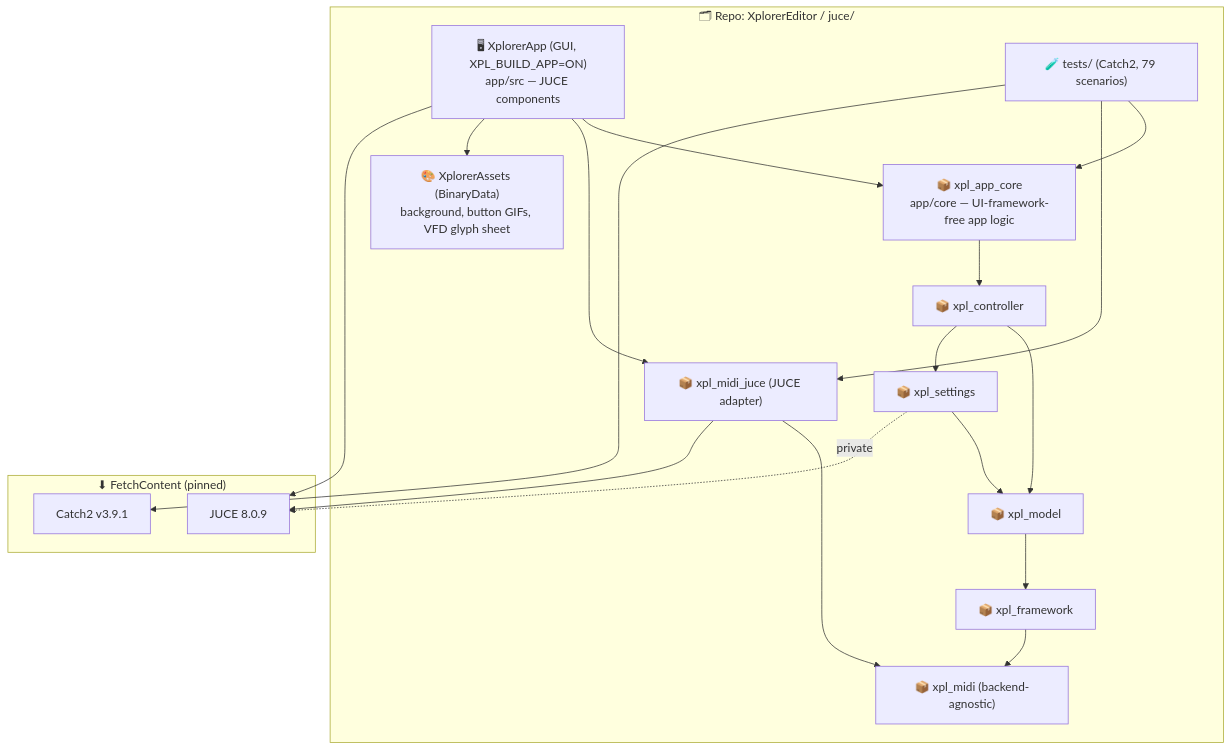
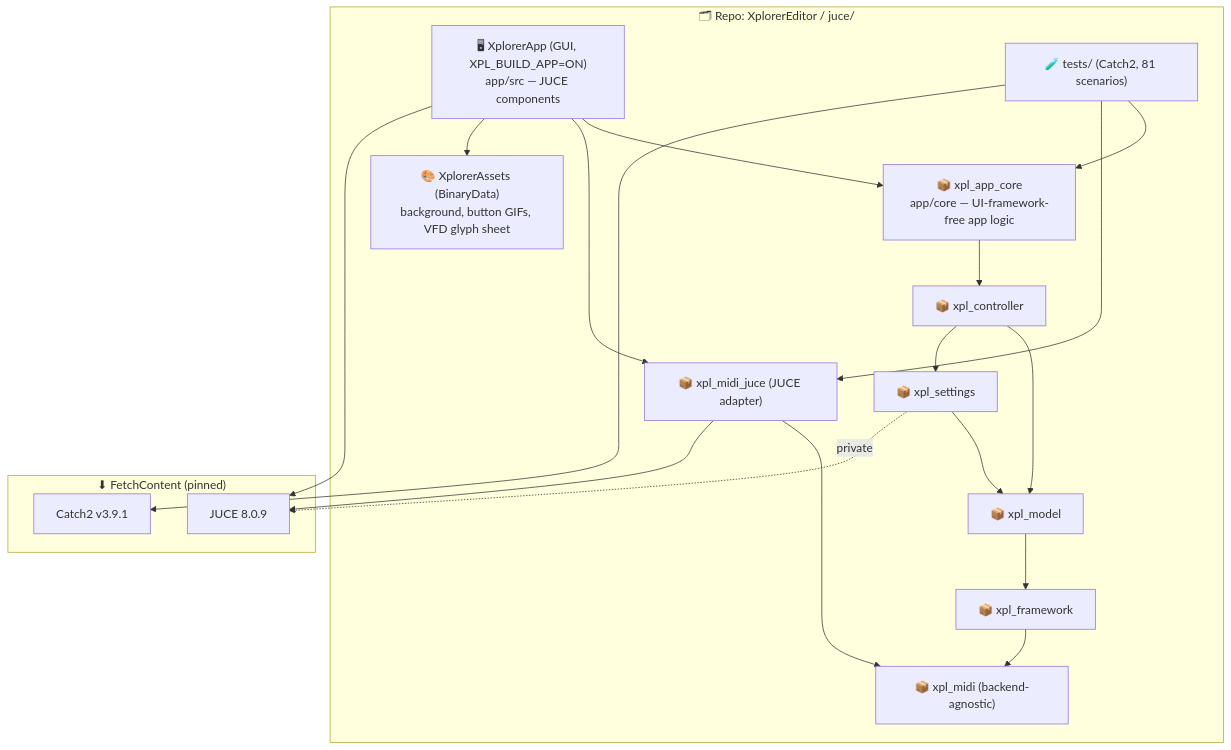
One commit to xplorer2716/XplorerEditor changed the first of 12 diagrams in docs/architecture-analysis_juce.md. Above: the diagram before and after it, drawn with Mermaid. The commit also changed other lines of this file and 15 other files, not shown here.

````diff
--- a/docs/architecture-analysis_juce.md
+++ b/docs/architecture-analysis_juce.md
@@ -61,37 +61,37 @@
 ```mermaid
 graph TD
     subgraph repo ["🗂 Repo: XplorerEditor / juce/"]
         App["🖥 XplorerApp (GUI, XPL_BUILD_APP=ON)\napp/src — JUCE components"]
         AppCore["📦 xpl_app_core\napp/core — UI-framework-free app logic"]
         Controller["📦 xpl_controller"]
         Settings["📦 xpl_settings"]
         Model["📦 xpl_model"]
         Framework["📦 xpl_framework"]
         MidiJuce["📦 xpl_midi_juce (JUCE adapter)"]
         Midi["📦 xpl_midi (backend-agnostic)"]
         Assets["🎨 XplorerAssets (BinaryData)\nbackground, button GIFs, VFD glyph sheet"]
-        Tests["🧪 tests/ (Catch2, 79 scenarios)"]
+        Tests["🧪 tests/ (Catch2, 81 scenarios)"]
     end
 
     subgraph external ["⬇ FetchContent (pinned)"]
         JUCE["JUCE 8.0.9"]
         Catch2["Catch2 v3.9.1"]
     end
 
     App --> AppCore
     App --> MidiJuce
     App --> Assets
     App --> JUCE
     AppCore --> Controller
     Controller --> Model
     Controller --> Settings
     Settings --> Model
     Model --> Framework
     Framework --> Midi
     MidiJuce --> Midi
     MidiJuce --> JUCE
     Settings -.private.-> JUCE
     Tests --> AppCore
     Tests --> MidiJuce
     Tests --> Catch2
 ```
````
